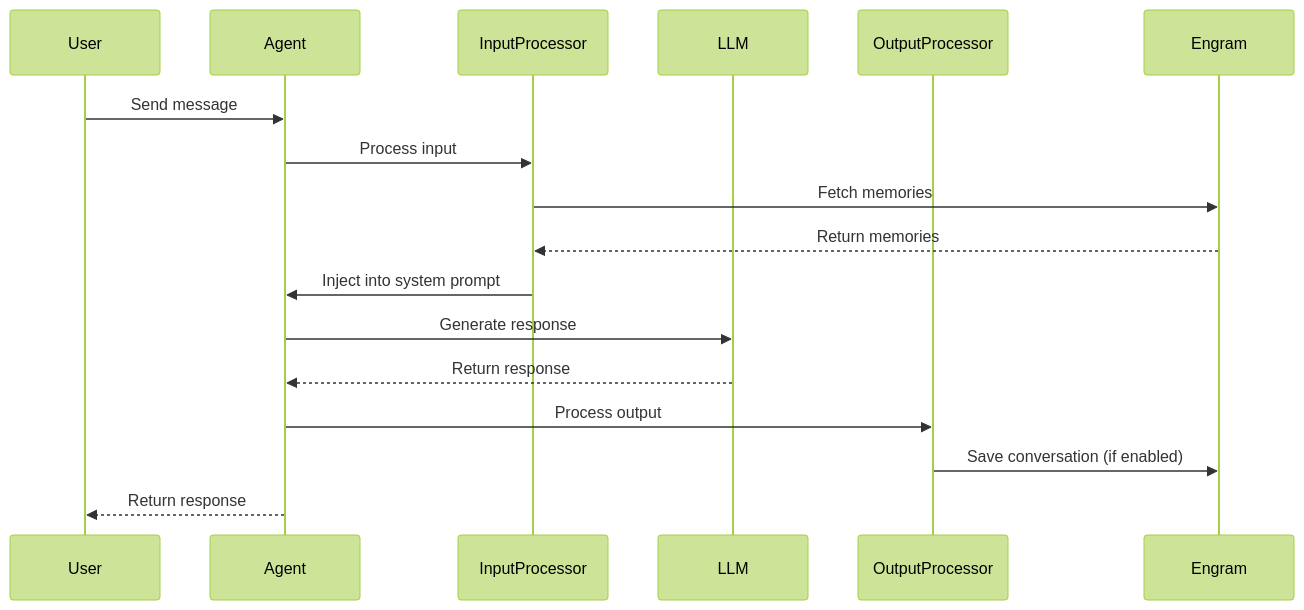
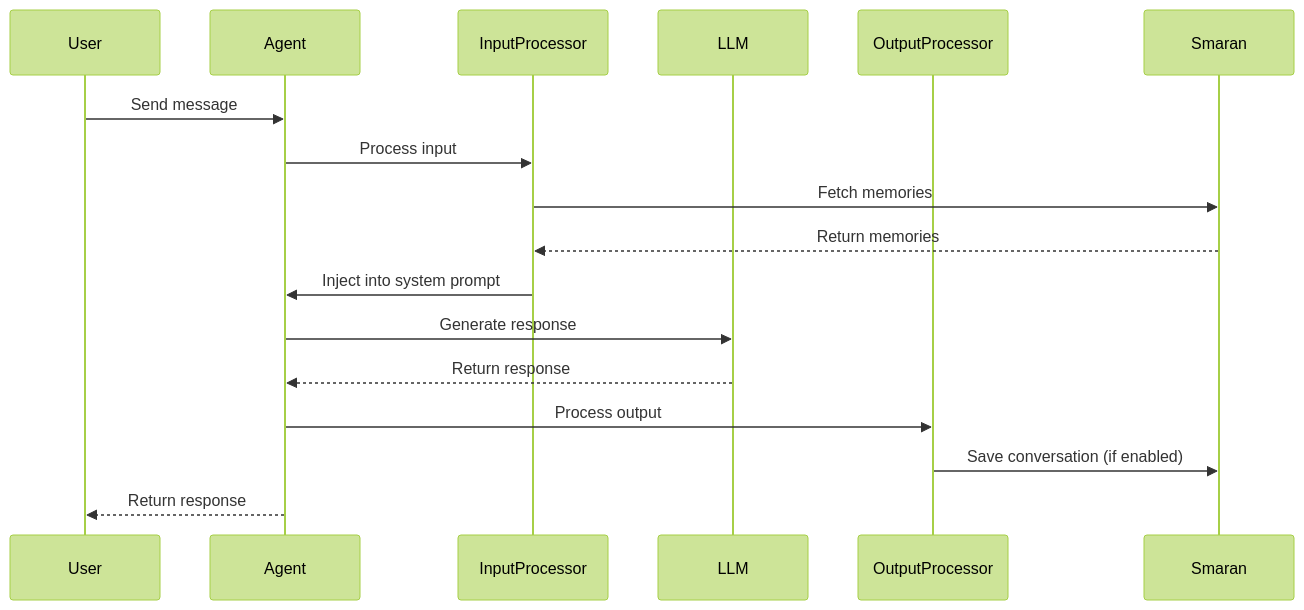
One commit to Ayushpani/engram changed the diagram in apps/docs/integrations/mastra.mdx. Above: the diagram before and after it, drawn with Mermaid (forest theme). The commit also changed other lines of this file and 219 other files, not shown here.

````diff
--- a/apps/docs/integrations/mastra.mdx
+++ b/apps/docs/integrations/mastra.mdx
@@ -75,20 +75,20 @@
 ```mermaid
 sequenceDiagram
     participant User
     participant Agent
     participant InputProcessor
     participant LLM
     participant OutputProcessor
-    participant Engram
+    participant Smaran
 
     User->>Agent: Send message
     Agent->>InputProcessor: Process input
-    InputProcessor->>Engram: Fetch memories
-    Engram-->>InputProcessor: Return memories
+    InputProcessor->>Smaran: Fetch memories
+    Smaran-->>InputProcessor: Return memories
     InputProcessor->>Agent: Inject into system prompt
     Agent->>LLM: Generate response
     LLM-->>Agent: Return response
     Agent->>OutputProcessor: Process output
-    OutputProcessor->>Engram: Save conversation (if enabled)
+    OutputProcessor->>Smaran: Save conversation (if enabled)
     Agent-->>User: Return response
 ```
````
